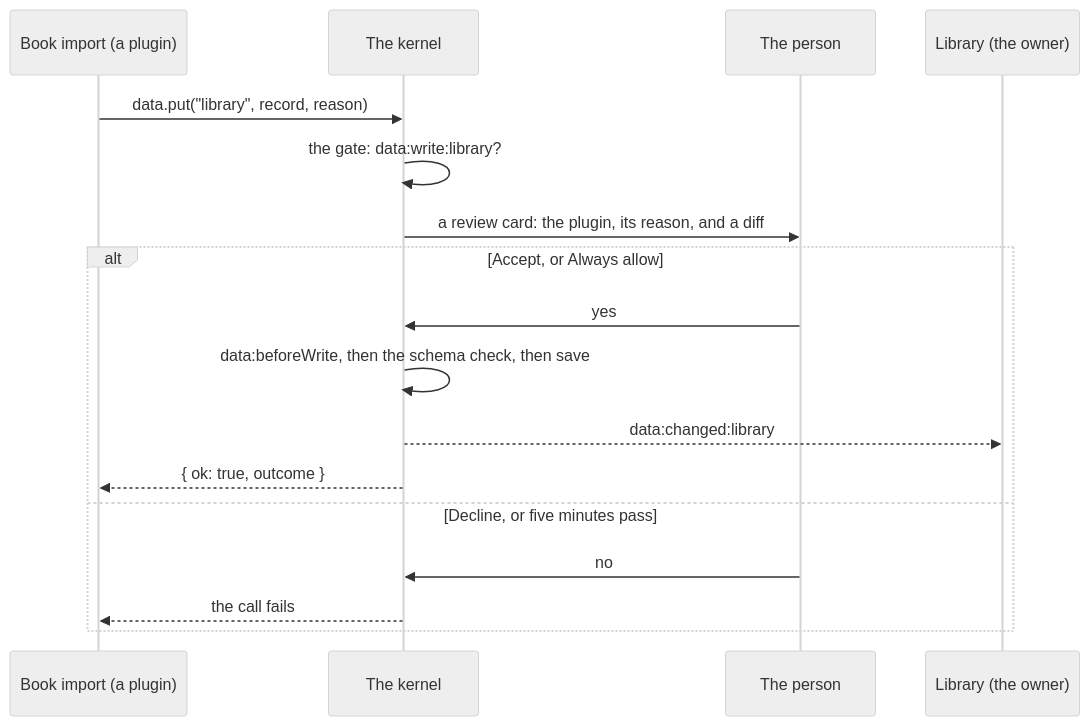
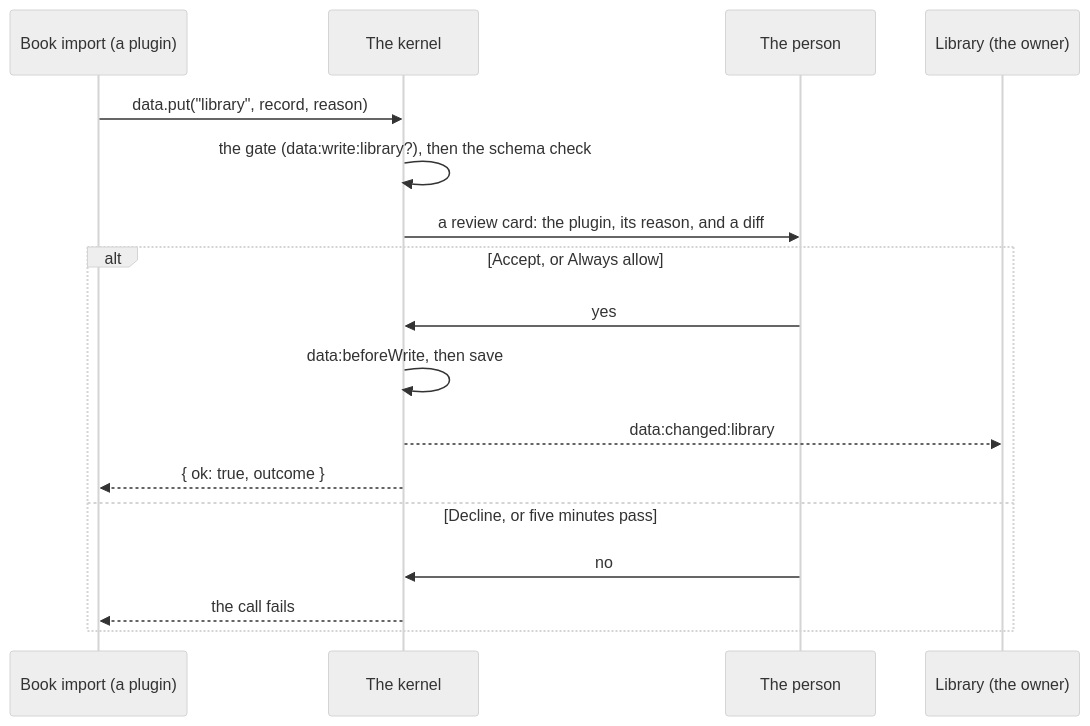
The diagram in docs/guide/data-and-permissions.md (PaulKinlan/ExtensibleWebApps), drawn with Mermaid (neutral theme) before and after one commit. The commit also changed 1 other file, not shown here.

Commit message:
Docs: the schema is checked before the review card, as records.ts does
Claude-Session: https://claude.ai/code/session_019vqCg55cwkD4xX3eQJ1sDo

````diff
--- a/docs/guide/data-and-permissions.md
+++ b/docs/guide/data-and-permissions.md
@@ -106,20 +106,20 @@
 ```mermaid
 sequenceDiagram
     participant P as Book import (a plugin)
     participant K as The kernel
     participant Person as The person
     participant O as Library (the owner)
 
     P->>K: data.put("library", record, reason)
-    K->>K: the gate: data:write:library?
+    K->>K: the gate (data:write:library?), then the schema check
     K->>Person: a review card: the plugin, its reason, and a diff
     alt Accept, or Always allow
         Person->>K: yes
-        K->>K: data:beforeWrite, then the schema check, then save
+        K->>K: data:beforeWrite, then save
         K-->>O: data:changed:library
         K-->>P: { ok: true, outcome }
     else Decline, or five minutes pass
         Person->>K: no
         K-->>P: the call fails
     end
 ```
````
